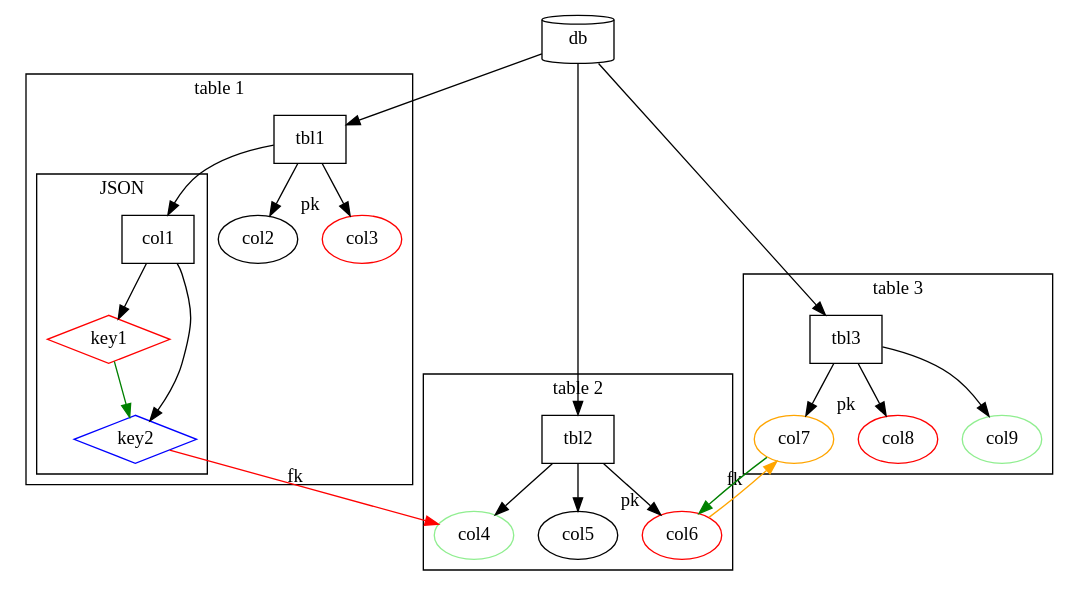
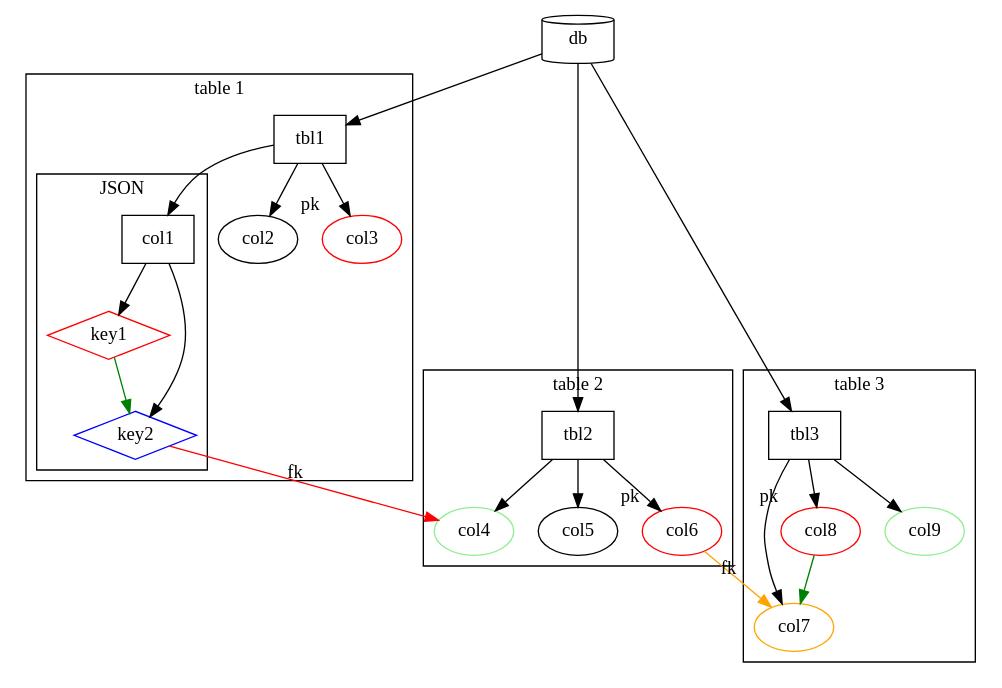
One commit to sterling312/genesynth changed the diagram in docs/example.dot. Above: the diagram before and after it, drawn with Graphviz. The commit also changed 1 other file, not shown here.

```diff
--- a/docs/example.dot
+++ b/docs/example.dot
@@ -1,53 +1,53 @@
 strict digraph example {
     db [shape=cylinder]
     tbl1 [shape=box]
     tbl2 [shape=box]
     tbl3 [shape=box]
     col1 [shape=box]
     col2 [shape=oval]
     col3 [shape=oval, xlabel=pk, color=red]
     col4 [shape=oval, color=lightgreen]
     col5 [shape=oval]
     col6 [shape=oval, xlabel=pk, color=red]
     col7 [shape=oval, color=orange]
     col8 [shape=oval, xlabel=pk, color=red]
     col9 [shape=oval, color=lightgreen]
     key1 [shape=diamond, color=red]
     key2 [shape=diamond, color=blue]
 
     db -> tbl1
     db -> tbl2
     db -> tbl3
 
     subgraph cluster_table_1 {
         label = "table 1"
         tbl1 -> col1
         tbl1 -> col2
         tbl1 -> col3
         subgraph cluster_json {
             label = "JSON"
             col1 -> key1
             col1 -> key2
         }
     }
 
 
     subgraph cluster_table_2 {
         label = "table 2"
         tbl2 -> col4
         tbl2 -> col5
         tbl2 -> col6
     }
 
     subgraph cluster_table_3 {
         label = "table 3"
         tbl3 -> col7
         tbl3 -> col8
         tbl3 -> col9
     }
 
     key1 -> key2 [color=green]
     key2 -> col4 [color=red, xlabel=fk]
     col6 -> col7 [color=orange, xlabel=fk]
-    col7 -> col6 [color=green]
+    col8 -> col7 [color=green]
 }
```
